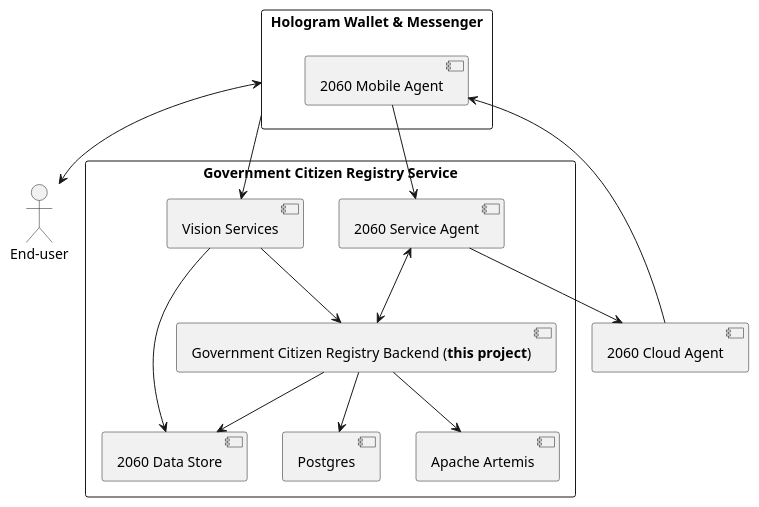
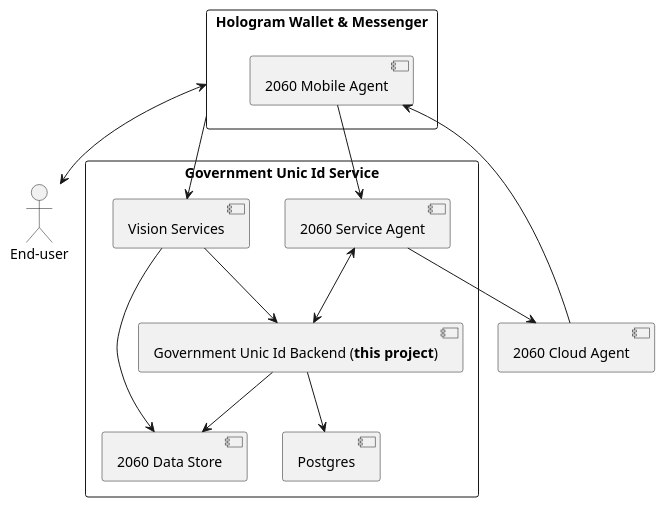
The diagram in arch.puml (2060-io/hologram-gov-id-issuer-vs), drawn with PlantUML before and after one commit. The commit also changed 126 other files, not shown here.

```diff
--- a/arch.puml
+++ b/arch.puml
@@ -1,33 +1,31 @@
 @startuml
 
-actor "End-user" as Enduser
+actor "End-user" as Enduser
 
 [2060 Cloud Agent] as CA
 
 rectangle "Hologram Wallet & Messenger" as App {
-  [2060 Mobile Agent] as MA
+  [2060 Mobile Agent] as MA
 }
 
 
-rectangle "Government Citizen Registry Service" {
-    [2060 Service Agent] as VS
-    [2060 Data Store] as DS
+rectangle "Government Unic Id Service" {
+    [2060 Service Agent] as VS
+    [2060 Data Store] as DS
     [Postgres] as PS
-    [Apache Artemis] as AA
-    [Government Citizen Registry Backend (**this project**)] as GAIA
+    [Government Unic Id Backend (**this project**)] as GAIA
     [Vision Services] as VISION
 }
 
 MA --> VS
 App --> VISION
 VISION --> GAIA
 VISION --> DS
 GAIA --> DS
 App <--> Enduser
 VS <--> GAIA
 VS --> CA
 MA <-- CA
 GAIA --> PS
-GAIA --> AA
 
 @enduml
```
